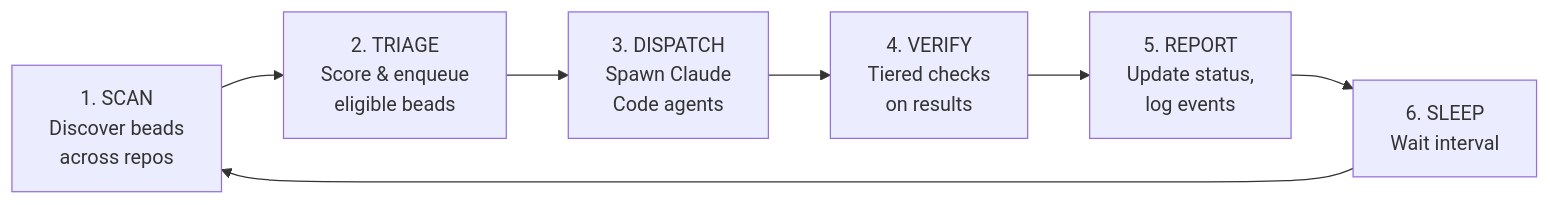
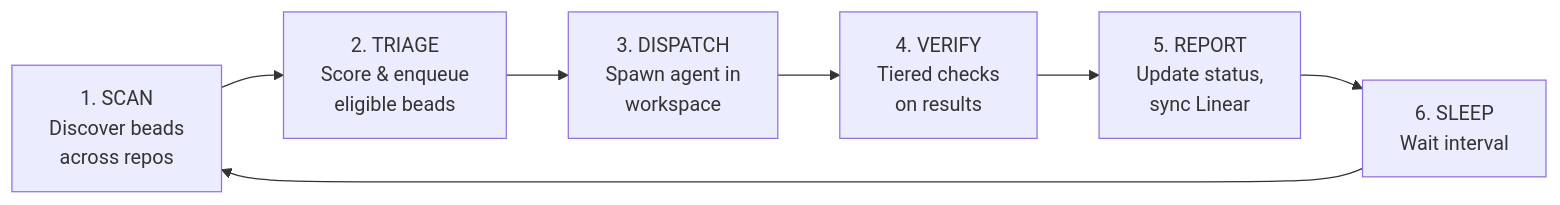
Before and after one commit to agentic-research/rosary: the second of 7 diagrams in docs/ARCHITECTURE.md, drawn with Mermaid. The commit also changed other lines of this file, not shown here.

First line of the commit message:
docs: update ARCHITECTURE.md — add new modules, fix stale diagrams

````diff
--- a/docs/ARCHITECTURE.md
+++ b/docs/ARCHITECTURE.md
@@ -43,11 +53,11 @@
 ```mermaid
 flowchart LR
     SCAN["1. SCAN<br/>Discover beads<br/>across repos"]
     TRIAGE["2. TRIAGE<br/>Score & enqueue<br/>eligible beads"]
-    DISPATCH["3. DISPATCH<br/>Spawn Claude<br/>Code agents"]
+    DISPATCH["3. DISPATCH<br/>Spawn agent in<br/>workspace"]
     VERIFY["4. VERIFY<br/>Tiered checks<br/>on results"]
-    REPORT["5. REPORT<br/>Update status,<br/>log events"]
+    REPORT["5. REPORT<br/>Update status,<br/>sync Linear"]
     SLEEP["6. SLEEP<br/>Wait interval"]
 
     SCAN --> TRIAGE --> DISPATCH --> VERIFY --> REPORT --> SLEEP --> SCAN
 ```
````
